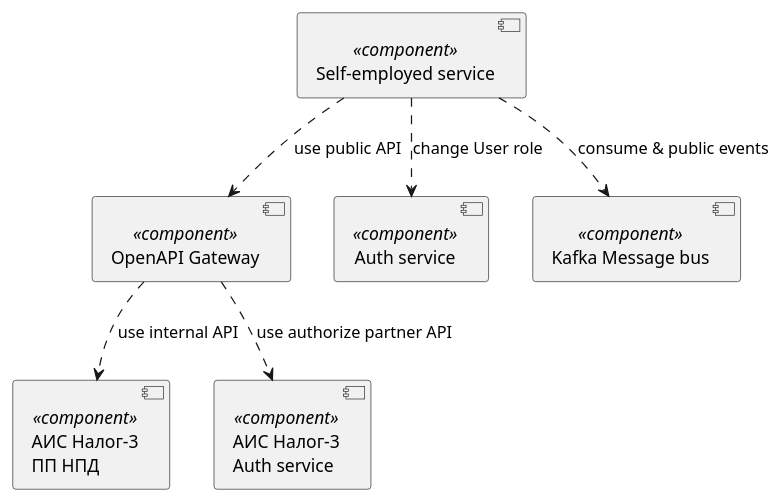
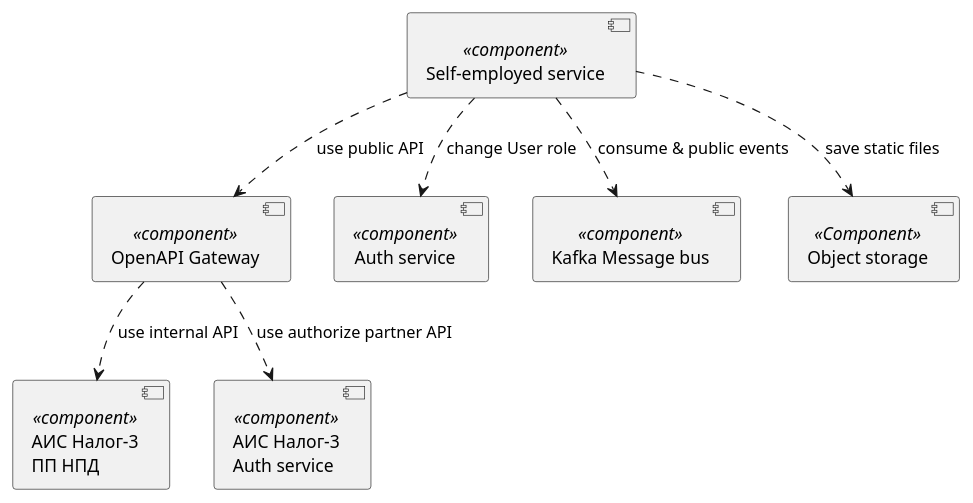
The first of 11 diagrams in diagrams/self-employed-service/components.puml (RaikBitters/ibank-internal-services), drawn with PlantUML before and after one commit. The commit also changed other lines of this file and 11 other files, not shown here.

Commit message:
Added offline component schema

```diff
--- a/diagrams/self-employed-service/components.puml
+++ b/diagrams/self-employed-service/components.puml
@@ -1,18 +1,20 @@
 @startuml high-level-model-components
 
 component "АИС Налог-3\nПП НПД" as Tax3 <<component>>
 component "АИС Налог-3\nAuth service" as Tax3AuthService <<component>>
 component "OpenAPI Gateway" as OpenAPI <<component>>
 
 component "Self-employed service" as SelfEmplService <<component>>
 component "Auth service" as AuthService <<component>>
 component "Kafka Message bus" as  Kafka <<component>>
+component "Object storage" as objectStorage <<Component>>
 
 OpenAPI ..> Tax3: use internal API
 OpenAPI ..> Tax3AuthService: use authorize partner API
 
 SelfEmplService ..> OpenAPI: use public API
 SelfEmplService ..> AuthService: change User role
 SelfEmplService ..> Kafka: consume & public events
+SelfEmplService ..> objectStorage: save static files
 
 @enduml
```
